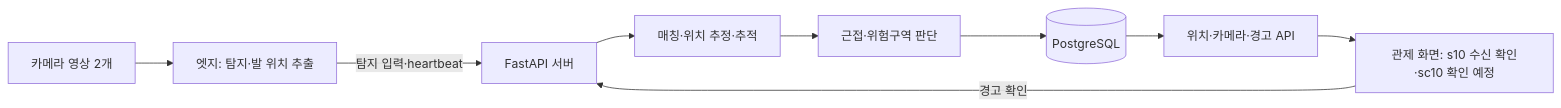
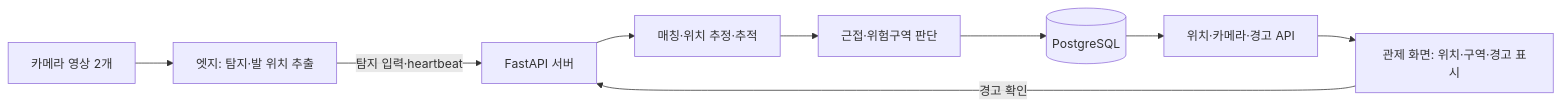
The diagram in docs/specs/sw-registration-backend.md (geunchanKim/Comprehensive-Design-Project2-CCTV-Safety), drawn with Mermaid before and after one commit. The commit also changed other lines of this file, not shown here.

````diff
--- a/docs/specs/sw-registration-backend.md
+++ b/docs/specs/sw-registration-backend.md
@@ -9,11 +19,11 @@
 ```mermaid
 flowchart LR
     cameras[카메라 영상 2개] --> edge[엣지: 탐지·발 위치 추출]
     edge -->|탐지 입력·heartbeat| api[FastAPI 서버]
     api --> geometry[매칭·위치 추정·추적]
     geometry --> decision[근접·위험구역 판단]
     decision --> db[(PostgreSQL)]
     db --> delivery[위치·카메라·경고 API]
-    delivery --> frontend[관제 화면: s10 수신 확인·sc10 확인 예정]
+    delivery --> frontend[관제 화면: 위치·구역·경고 표시]
     frontend -->|경고 확인| api
 ```
````
